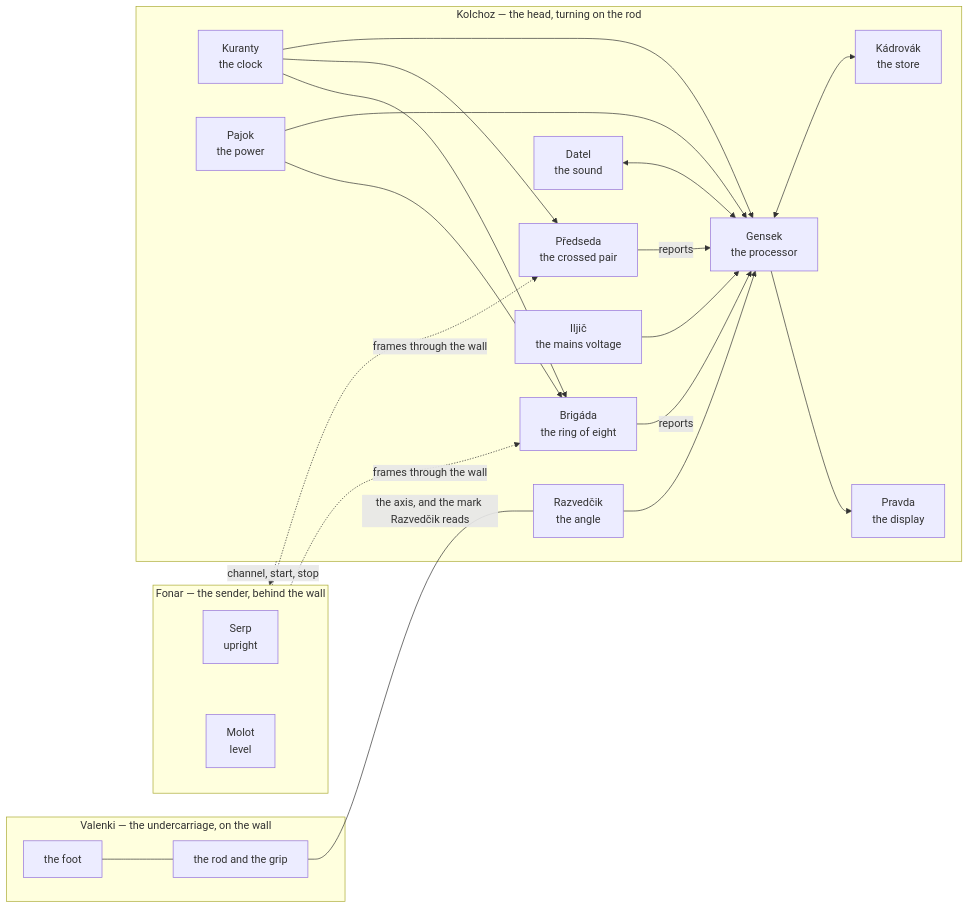
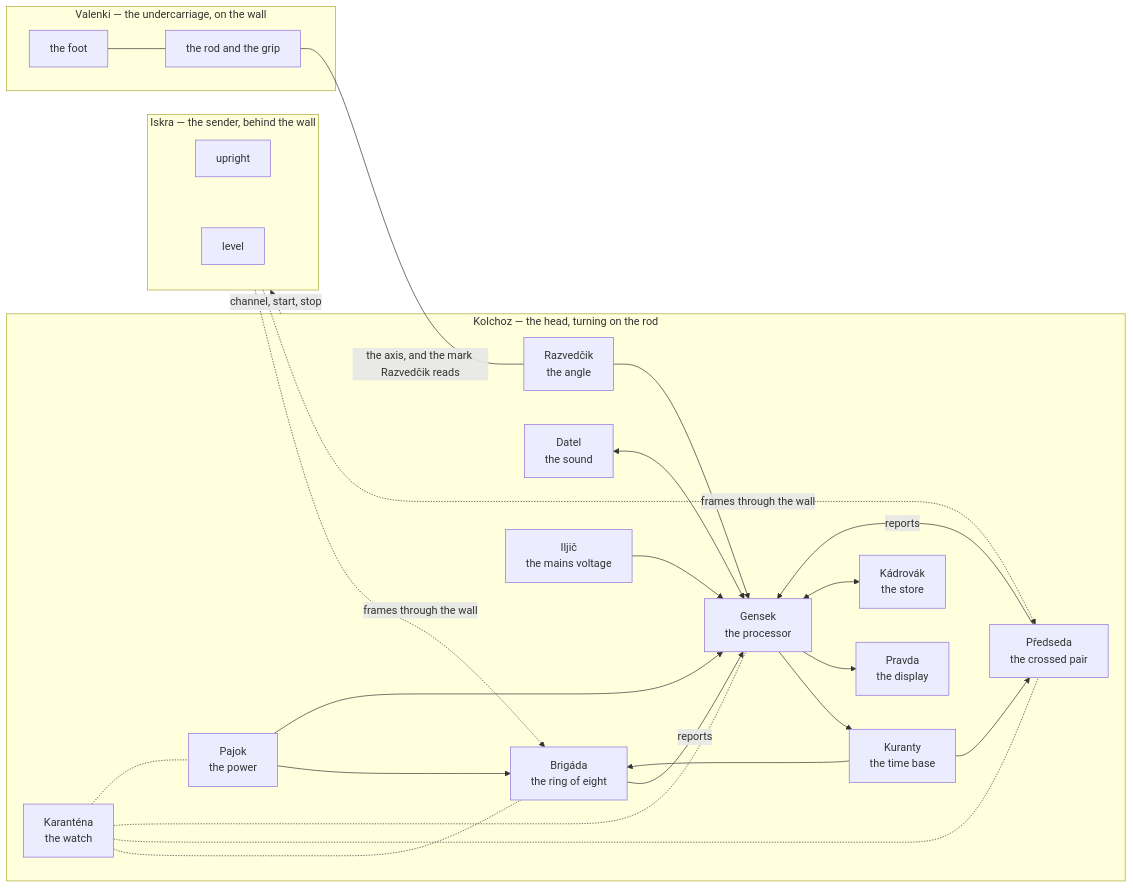
The diagram in architecture.md (Project-NIC/NIC-Sluchalo), drawn with Mermaid before and after one commit. The commit also changed other lines of this file and 4 other files, not shown here.

First line of the commit message:
Level 3 closed again: no shared clock, bought antennas and modules, the names complete

````diff
--- a/architecture.md
+++ b/architecture.md
@@ -19,23 +21,25 @@
 ```mermaid
 flowchart LR
-  subgraph F[Fonar — the sender, behind the wall]
-    FA[Serp<br/>upright] ~~~ FB[Molot<br/>level]
+  subgraph F[Iskra — the sender, behind the wall]
+    FA[upright] ~~~ FB[level]
   end
   subgraph V[Valenki — the undercarriage, on the wall]
     VF[the foot] --- VR[the rod and the grip]
   end
   subgraph K[Kolchoz — the head, turning on the rod]
     B[Brigáda<br/>the ring of eight] -->|reports| G[Gensek<br/>the processor]
     PR[Předseda<br/>the crossed pair] -->|reports| G
-    C[Kuranty<br/>the clock] --> B & PR & G
+    C[Kuranty<br/>the time base] --> B & PR
+    G --> C
+    Q[Karanténa<br/>the watch] -.- B & PR & G & P
     D[Datel<br/>the sound] <--> G
     R[Razvedčik<br/>the angle] --> G
     I[Iljič<br/>the mains voltage] --> G
     G --> S[Pravda<br/>the display]
     G <--> M[Kádrovák<br/>the store]
     P[Pajok<br/>the power] --> B & G
   end
   F -. frames through the wall .-> B & PR
   K -. channel, start, stop .-> F
   VR -- the axis, and the mark Razvedčik reads --- R
 ```
````
